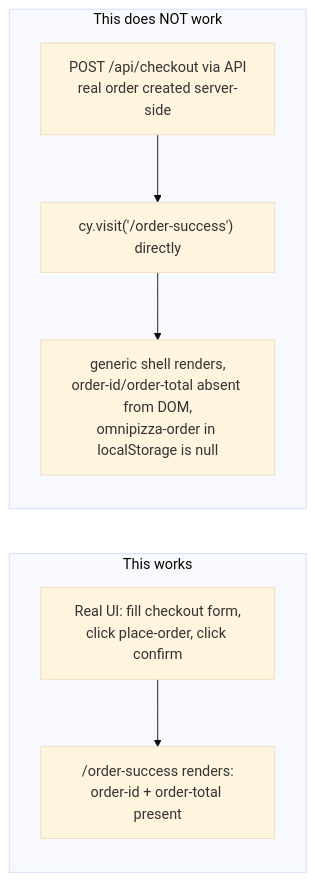
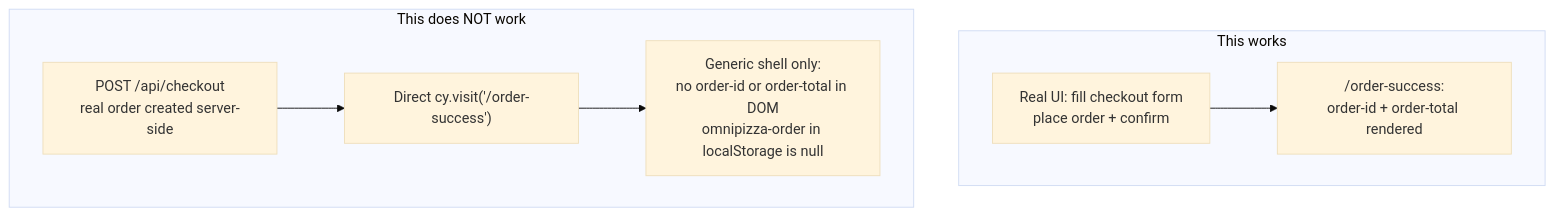
The sixth of 8 diagrams in README.md (gsanchezm/cypress-conf-2026), drawn with Mermaid (base theme) before and after one commit. The commit also changed other lines of this file and 34 other files, not shown here.

````diff
--- a/README.md
+++ b/README.md
@@ -455,13 +471,13 @@
 ```mermaid
-flowchart LR
+flowchart TB
     subgraph works["This works"]
-        direction TB
-        W1["Real UI: fill checkout form,<br/>click place-order, click confirm"] --> W2["/order-success renders:<br/>order-id + order-total present"]
+        direction LR
+        W1["Real UI: fill checkout form<br/>place order + confirm"] --> W2["/order-success:<br/>order-id + order-total rendered"]
     end
 
     subgraph blocked["This does NOT work"]
-        direction TB
-        X1["POST /api/checkout via API<br/>real order created server-side"] --> X2["cy.visit('/order-success') directly"]
-        X2 --> X3["generic shell renders,<br/>order-id/order-total absent from DOM,<br/>omnipizza-order in localStorage is null"]
+        direction LR
+        X1["POST /api/checkout<br/>real order created server-side"] --> X2["Direct cy.visit('/order-success')"]
+        X2 --> X3["Generic shell only:<br/>no order-id or order-total in DOM<br/>omnipizza-order in localStorage is null"]
     end
 ```
````
